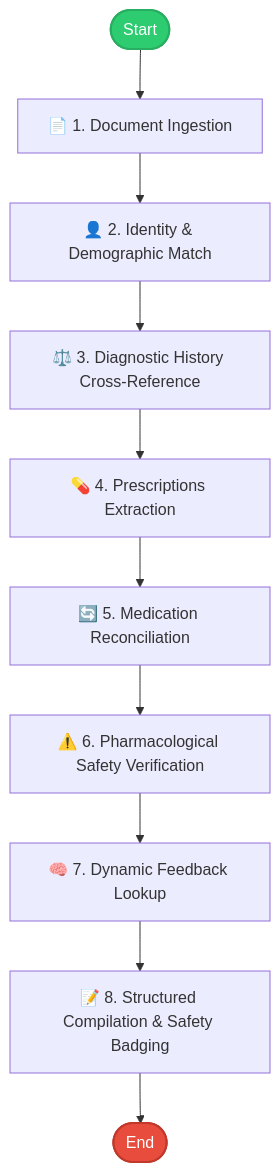
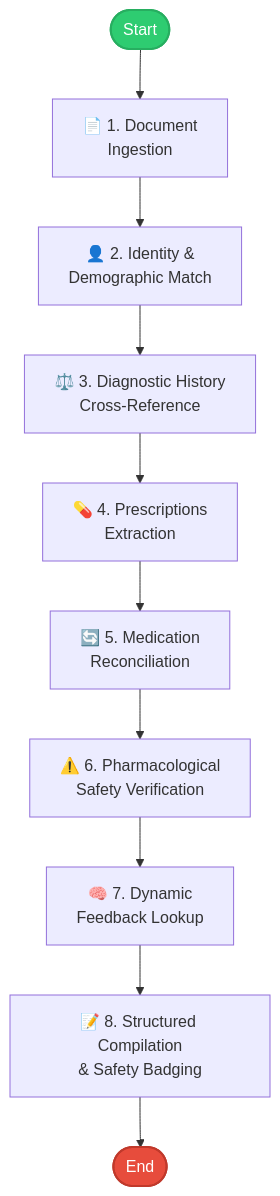
One commit to Harsh-karn/Discharge-Summary-AI changed the diagram in README.md. Above: the diagram before and after it, drawn with Mermaid.

Commit message:
docs: fix mermaid diagram text truncation

````diff
--- a/README.md
+++ b/README.md
@@ -22,15 +22,15 @@
 ```mermaid
 graph TD
     Start([Start]) --> 1_Ingestion
-    1_Ingestion[📄 1. Document Ingestion] --> 2_Identity
-    2_Identity[👤 2. Identity & Demographic Match] --> 3_CrossReference
-    3_CrossReference[⚖️ 3. Diagnostic History Cross-Reference] --> 4_Prescriptions
-    4_Prescriptions[💊 4. Prescriptions Extraction] --> 5_Reconciliation
-    5_Reconciliation[🔄 5. Medication Reconciliation] --> 6_Safety
-    6_Safety[⚠️ 6. Pharmacological Safety Verification] --> 7_Feedback
-    7_Feedback[🧠 7. Dynamic Feedback Lookup] --> 8_Compilation
-    8_Compilation[📝 8. Structured Compilation & Safety Badging] --> End([End])
+    1_Ingestion["📄 1. Document<br>Ingestion"] --> 2_Identity
+    2_Identity["👤 2. Identity &<br>Demographic Match"] --> 3_CrossReference
+    3_CrossReference["⚖️ 3. Diagnostic History<br>Cross-Reference"] --> 4_Prescriptions
+    4_Prescriptions["💊 4. Prescriptions<br>Extraction"] --> 5_Reconciliation
+    5_Reconciliation["🔄 5. Medication<br>Reconciliation"] --> 6_Safety
+    6_Safety["⚠️ 6. Pharmacological<br>Safety Verification"] --> 7_Feedback
+    7_Feedback["🧠 7. Dynamic<br>Feedback Lookup"] --> 8_Compilation
+    8_Compilation["📝 8. Structured Compilation<br>& Safety Badging"] --> End([End])
     
     style Start fill:#2ecc71,stroke:#27ae60,stroke-width:2px,color:white
     style End fill:#e74c3c,stroke:#c0392b,stroke-width:2px,color:white
 ```
````
